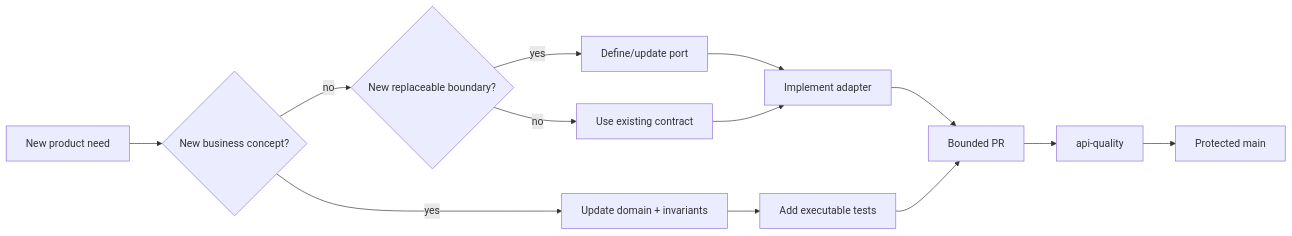
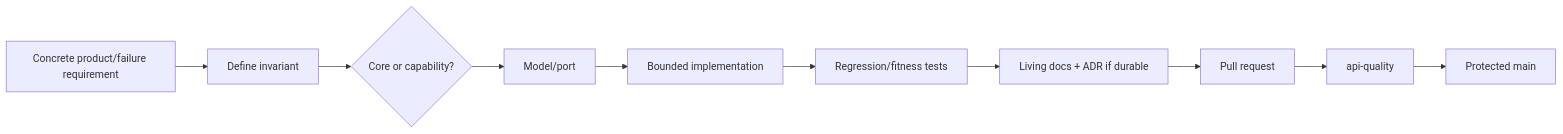
The seventh of 7 diagrams in docs/architecture/ARCHITECTURE_OVERVIEW.md (kumarchandansingh/tropos), drawn with Mermaid before and after one commit. The commit also changed other lines of this file and 23 other files, not shown here.

````diff
--- a/docs/architecture/ARCHITECTURE_OVERVIEW.md
+++ b/docs/architecture/ARCHITECTURE_OVERVIEW.md
@@ -176,16 +216,13 @@
 ```mermaid
 flowchart LR
-    Problem[New product need]
-    --> Concept{New business concept?}
-    Concept -- yes --> Domain[Update domain + invariants]
-    Concept -- no --> Contract{New replaceable boundary?}
-    Contract -- yes --> Port[Define/update port]
-    Contract -- no --> Existing[Use existing contract]
-    Domain --> Tests[Add executable tests]
-    Port --> Adapter[Implement adapter]
-    Existing --> Adapter
-    Adapter --> PR[Bounded PR]
-    Tests --> PR
+    Problem[Concrete product/failure requirement]
+    --> Invariant[Define invariant]
+    --> Boundary{Core or capability?}
+    Boundary --> Contract[Model/port]
+    Contract --> Impl[Bounded implementation]
+    Impl --> Tests[Regression/fitness tests]
+    Tests --> Docs[Living docs + ADR if durable]
+    Docs --> PR[Pull request]
     PR --> CI[api-quality]
     CI --> Main[Protected main]
 ```
````
